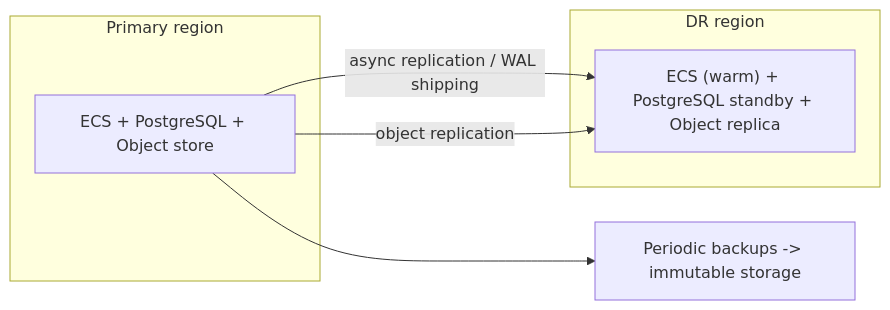
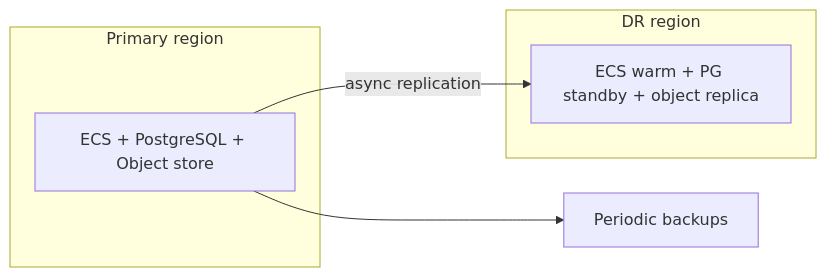
One commit to ECS-Platform/ecs-enterprise-backup changed the seventh of 7 diagrams in docs/02-architecture/architecture/ecs_deployment_architecture.md. Above: the diagram before and after it, drawn with Mermaid. The commit also changed other lines of this file and 25 other files, not shown here.

Commit message:
docs: complete Phase-1 architecture documentation

````diff
--- a/docs/02-architecture/architecture/ecs_deployment_architecture.md
+++ b/docs/02-architecture/architecture/ecs_deployment_architecture.md
@@ -189,13 +269,12 @@
 ```mermaid
 graph LR
   subgraph Primary["Primary region"]
     P["ECS + PostgreSQL + Object store"]
   end
   subgraph DR["DR region"]
-    D["ECS (warm) + PostgreSQL standby + Object replica"]
+    D["ECS warm + PG standby + object replica"]
   end
-  P -- "async replication / WAL shipping" --> D
-  P -- "object replication" --> D
-  Backup["Periodic backups -> immutable storage"]
+  P -- "async replication" --> D
+  Backup["Periodic backups"]
   P --> Backup
 ```
````
